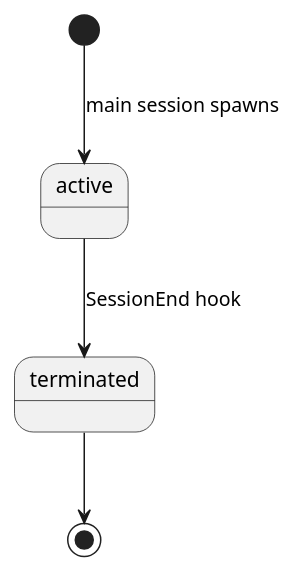
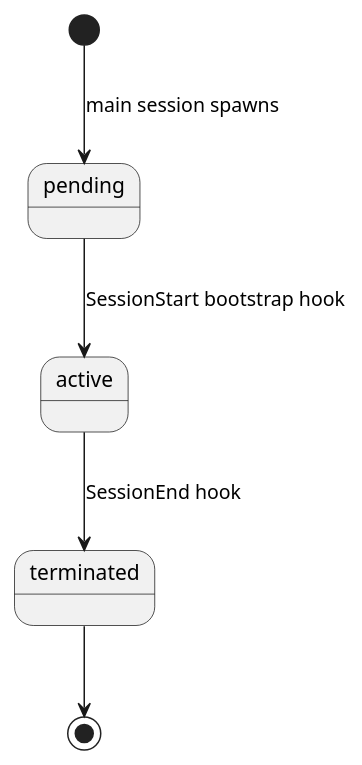
One commit to studykit/studykit-marketplace changed the second of 2 diagrams in A4/co-think/2026-03-29-1500-agent-orchestrator.domain.md. Above: the diagram before and after it, drawn with PlantUML. The commit also changed other lines of this file and 15 other files, not shown here.

First line of the commit message:
fix(A4): resolve architecture-implementation discrepancies and update docs

````diff
--- a/A4/co-think/2026-03-29-1500-agent-orchestrator.domain.md
+++ b/A4/co-think/2026-03-29-1500-agent-orchestrator.domain.md
@@ -75,7 +76,8 @@
 ```plantuml
 @startuml
-[*] --> active : main session spawns
+[*] --> pending : main session spawns
+pending --> active : SessionStart bootstrap hook
 active --> terminated : SessionEnd hook
 terminated --> [*]
 @enduml
 ```
````
